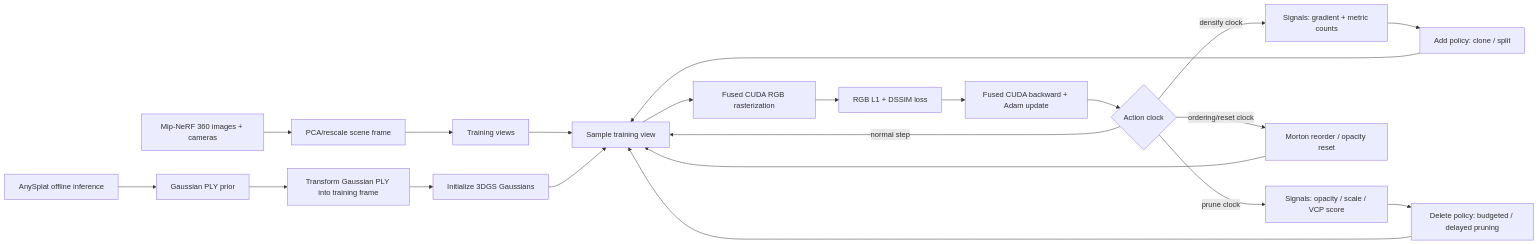
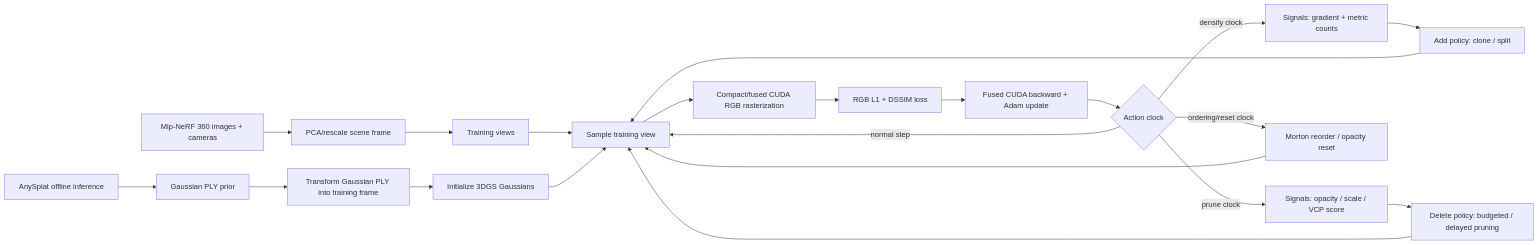
The diagram in fastergsfusedrapid_paper_body_zh.md (Falcom4000/nerficg_sht2), drawn with Mermaid before and after one commit. The commit also changed other lines of this file, not shown here.

````diff
--- a/fastergsfusedrapid_paper_body_zh.md
+++ b/fastergsfusedrapid_paper_body_zh.md
@@ -36,23 +36,23 @@
 ```mermaid
 flowchart LR
     A[Mip-NeRF 360 images + cameras] --> B[PCA/rescale scene frame]
     A2[AnySplat offline inference] --> B2[Gaussian PLY prior]
     B2 --> C[Transform Gaussian PLY into training frame]
     B --> D[Training views]
     C --> E[Initialize 3DGS Gaussians]
     D --> F[Sample training view]
     E --> F
-    F --> G[Fused CUDA RGB rasterization]
+    F --> G[Compact/fused CUDA RGB rasterization]
     G --> H[RGB L1 + DSSIM loss]
     H --> I[Fused CUDA backward + Adam update]
     I --> J{Action clock}
     J -- densify clock --> K[Signals: gradient + metric counts]
     K --> L[Add policy: clone / split]
     J -- prune clock --> N[Signals: opacity / scale / VCP score]
     N --> O[Delete policy: budgeted / delayed pruning]
     J -- ordering/reset clock --> M[Morton reorder / opacity reset]
     L --> F
     O --> F
     M --> F
     J -- normal step --> F
 ```
````
